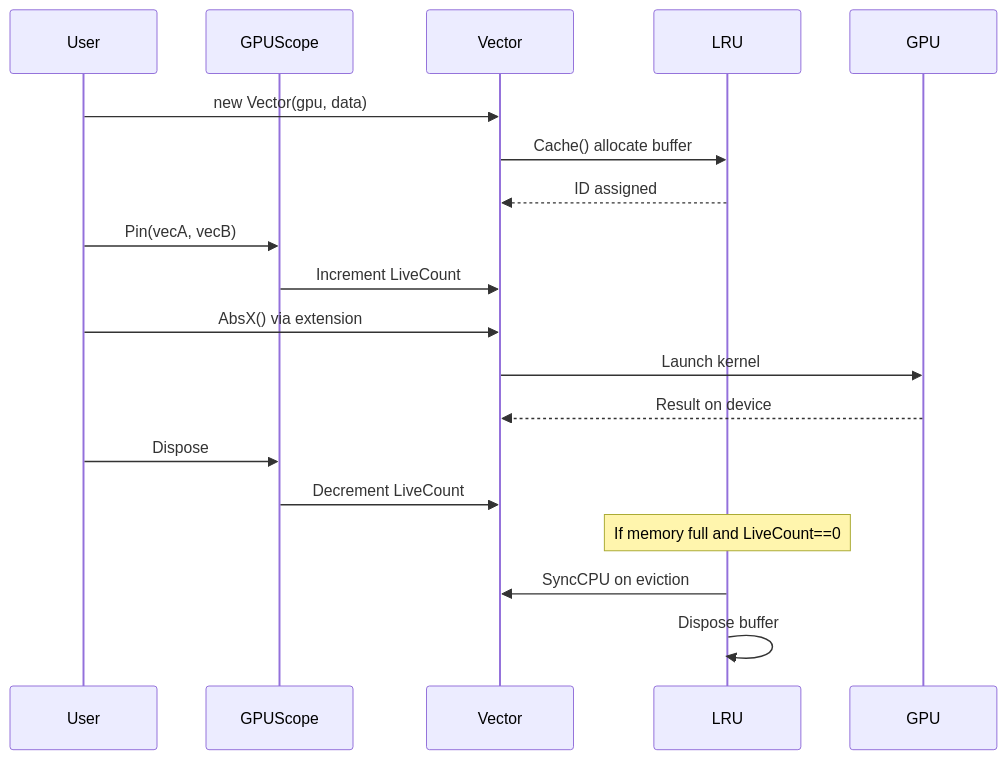
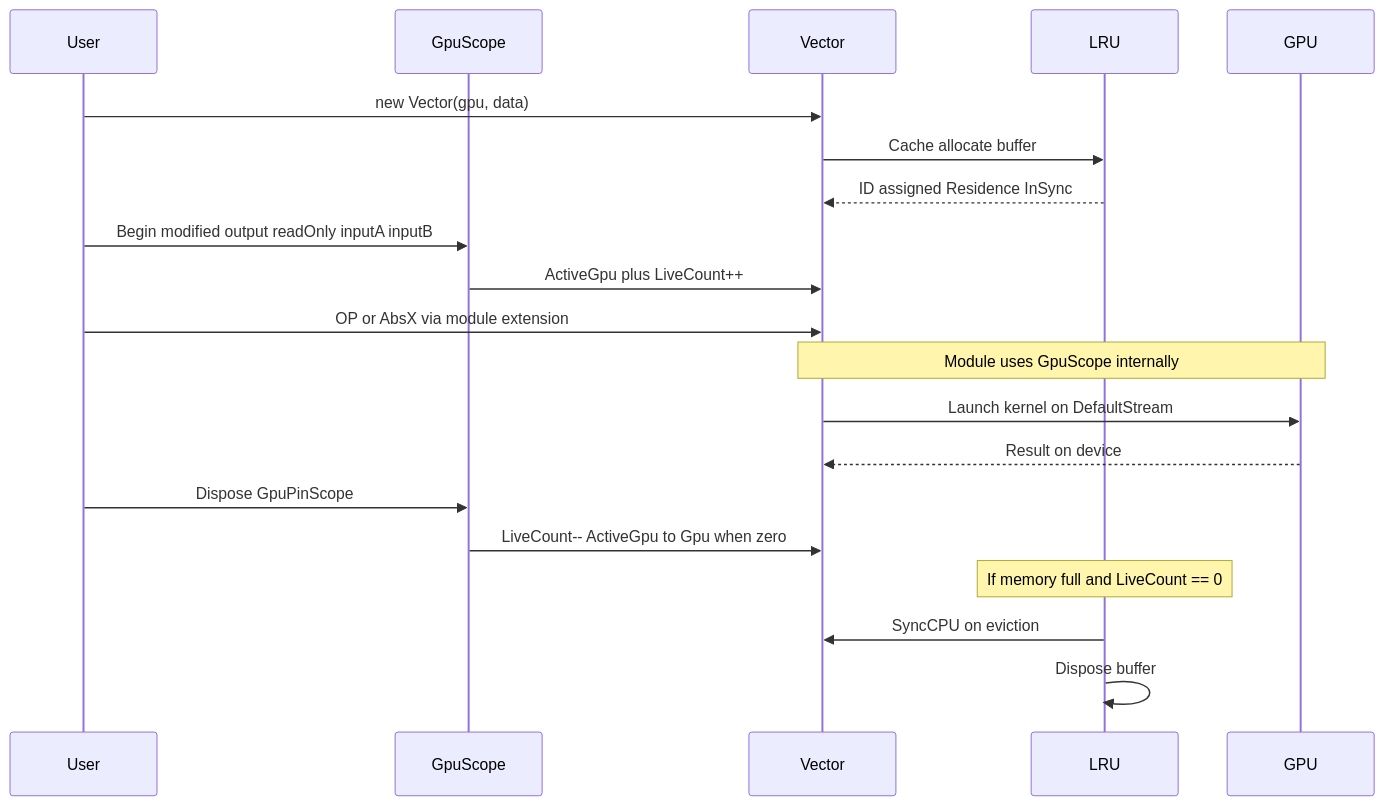
The third of 6 diagrams in Documentation/BAVCLSpecification.md (MPSQUARK/BAVCL), drawn with Mermaid before and after one commit. The commit also changed other lines of this file, not shown here.

Commit message:
diagrams updated

````diff
--- a/Documentation/BAVCLSpecification.md
+++ b/Documentation/BAVCLSpecification.md
@@ -267,26 +311,27 @@
 ```mermaid
 sequenceDiagram
     participant User
-    participant GPUScope
+    participant GpuScope
     participant Vector
     participant LRU
     participant GPU
 
     User->>Vector: new Vector(gpu, data)
-    Vector->>LRU: Cache() allocate buffer
-    LRU-->>Vector: ID assigned
+    Vector->>LRU: Cache allocate buffer
+    LRU-->>Vector: ID assigned Residence InSync
 
-    User->>GPUScope: Pin(vecA, vecB)
-    GPUScope->>Vector: Increment LiveCount
+    User->>GpuScope: Begin modified output readOnly inputA inputB
+    GpuScope->>Vector: ActiveGpu plus LiveCount++
 
-    User->>Vector: AbsX() via extension
-    Vector->>GPU: Launch kernel
+    User->>Vector: OP or AbsX via module extension
+    Note over Vector,GPU: Module uses GpuScope internally
+    Vector->>GPU: Launch kernel on DefaultStream
     GPU-->>Vector: Result on device
 
-    User->>GPUScope: Dispose
-    GPUScope->>Vector: Decrement LiveCount
+    User->>GpuScope: Dispose GpuPinScope
+    GpuScope->>Vector: LiveCount-- ActiveGpu to Gpu when zero
 
-    Note over LRU: If memory full and LiveCount==0
+    Note over LRU: If memory full and LiveCount == 0
     LRU->>Vector: SyncCPU on eviction
     LRU->>LRU: Dispose buffer
 ```
````
